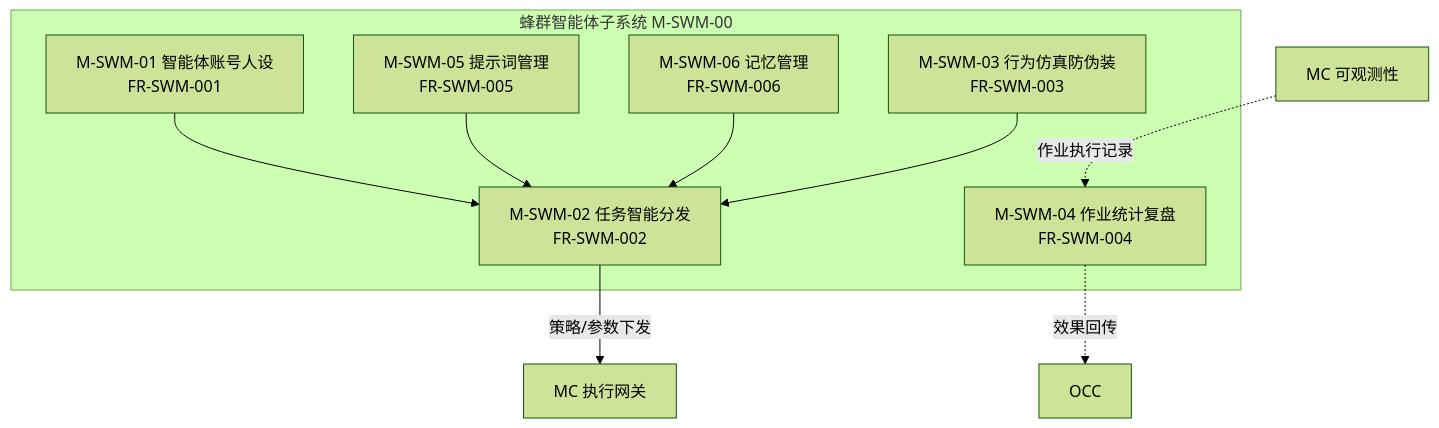
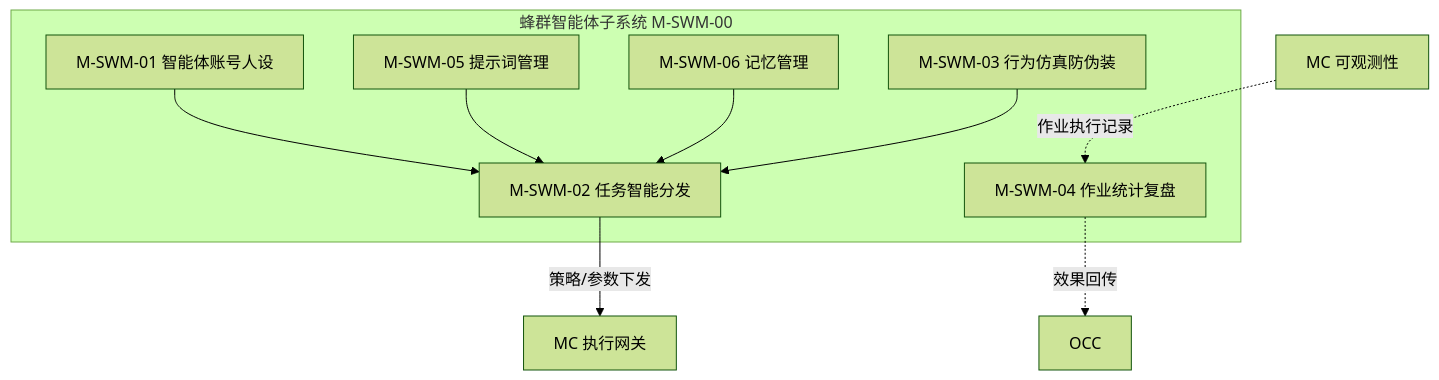
Before and after one commit to Sj-g/obsidian: diagram 11 of 13 in 公司项目/认知作战/文档/软件概要设计说明.md, drawn with Mermaid (forest theme). The commit also changed other lines of this file and 1 other file, not shown here.

````diff
--- a/公司项目/认知作战/文档/软件概要设计说明.md
+++ b/公司项目/认知作战/文档/软件概要设计说明.md
@@ -444,16 +444,16 @@
 ```mermaid
 flowchart TB
     subgraph SWM["蜂群智能体子系统 M-SWM-00"]
-        SWM1["M-SWM-01 智能体账号人设<br/>FR-SWM-001"]
-        SWM2["M-SWM-02 任务智能分发<br/>FR-SWM-002"]
-        SWM3["M-SWM-03 行为仿真防伪装<br/>FR-SWM-003"]
-        SWM4["M-SWM-04 作业统计复盘<br/>FR-SWM-004"]
-        SWM5["M-SWM-05 提示词管理<br/>FR-SWM-005"]
-        SWM6["M-SWM-06 记忆管理<br/>FR-SWM-006"]
+        SWM1["M-SWM-01 智能体账号人设"]
+        SWM2["M-SWM-02 任务智能分发"]
+        SWM3["M-SWM-03 行为仿真防伪装"]
+        SWM4["M-SWM-04 作业统计复盘"]
+        SWM5["M-SWM-05 提示词管理"]
+        SWM6["M-SWM-06 记忆管理"]
     end
     SWM1 & SWM5 & SWM6 --> SWM2
     SWM3 --> SWM2
     SWM2 -->|"策略/参数下发"| MC3["MC 执行网关"]
     MC8["MC 可观测性"] -.->|"作业执行记录"| SWM4
     SWM4 -.->|"效果回传"| OCC
 ```
````
